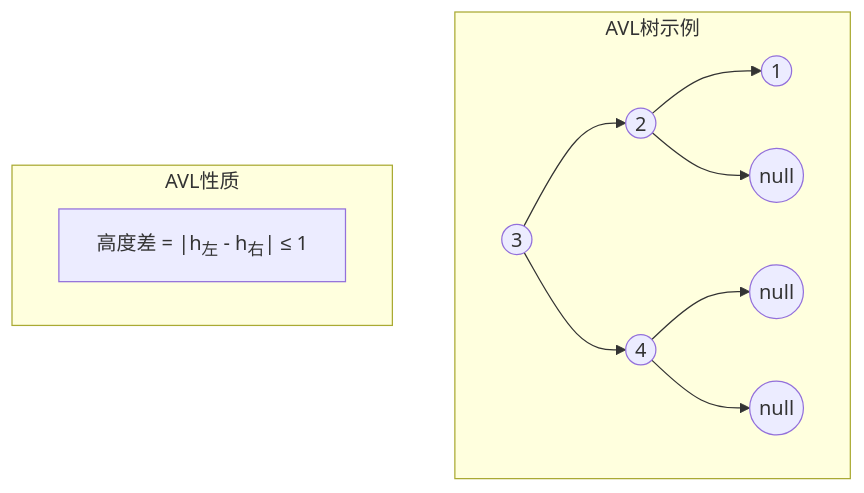
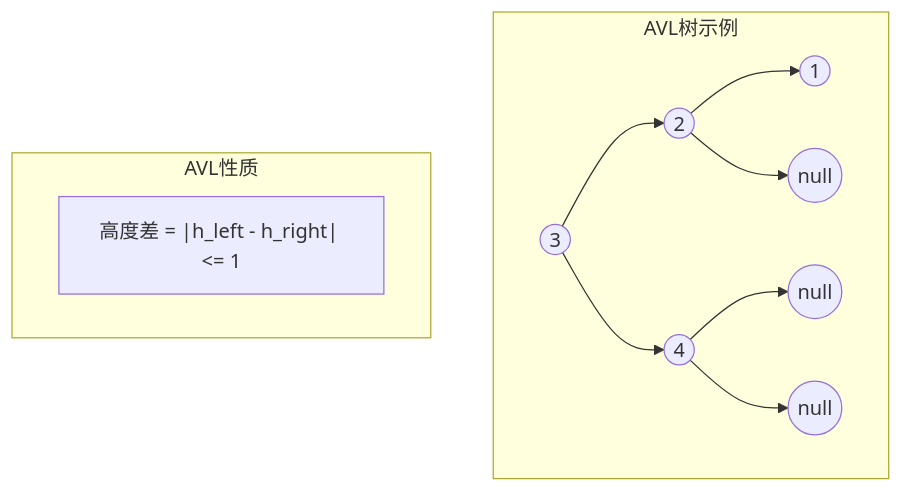
One commit to dd-xiaozhi/study-notes changed the eighth of 24 diagrams in 计算机基础/算法/数据结构与算法/05_树与二叉树.md. Above: the diagram before and after it, drawn with Mermaid. The commit also changed 84 other files, not shown here.

````diff
--- a/计算机基础/算法/数据结构与算法/05_树与二叉树.md
+++ b/计算机基础/算法/数据结构与算法/05_树与二叉树.md
@@ -195,15 +195,15 @@
 ```mermaid
 graph TB
     subgraph AVL树示例
         A1((3)) --> B1((2))
         A1 --> C1((4))
         B1 --> D1((1))
         B1 --> E1((null))
         C1 --> F1((null))
         C1 --> G1((null))
     end
     
     subgraph AVL性质
-        A2["高度差 = |h<sub>左</sub> - h<sub>右</sub>| ≤ 1"]
+        A2["高度差 = |h_left - h_right| <= 1"]
     end
 ```
````
